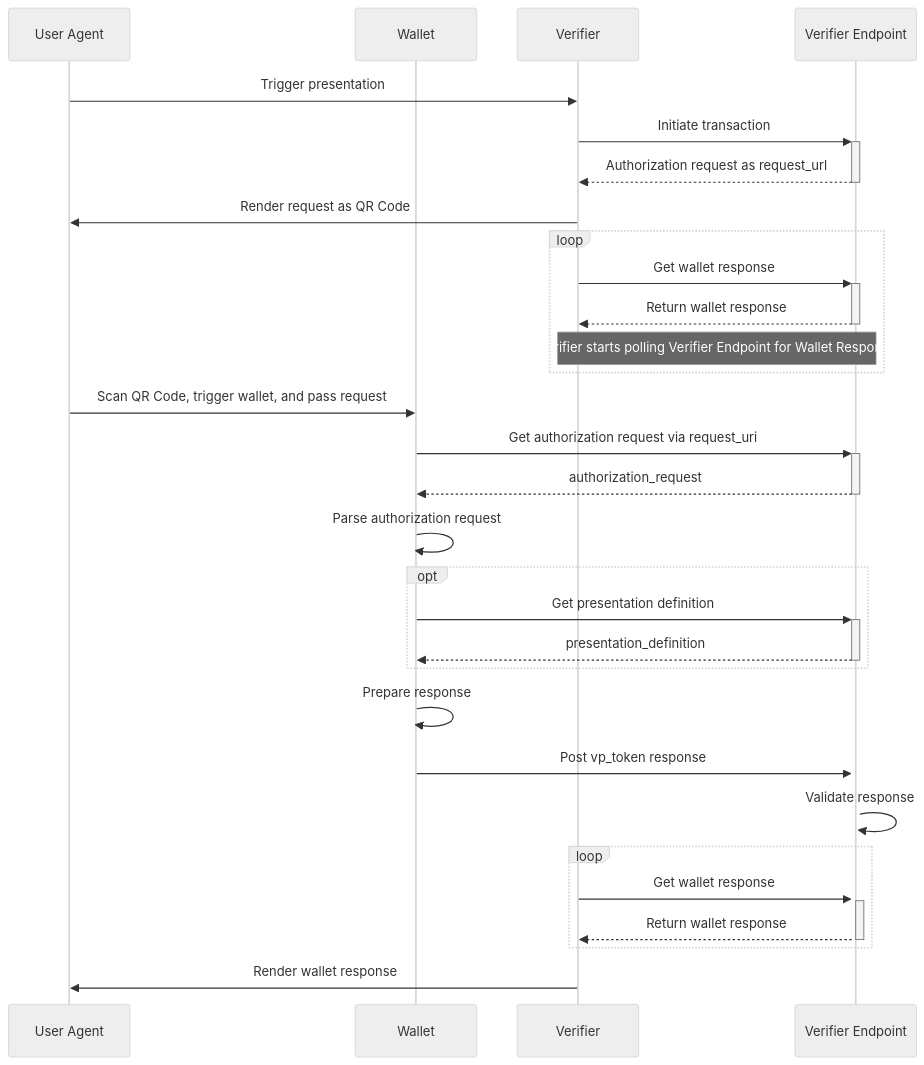
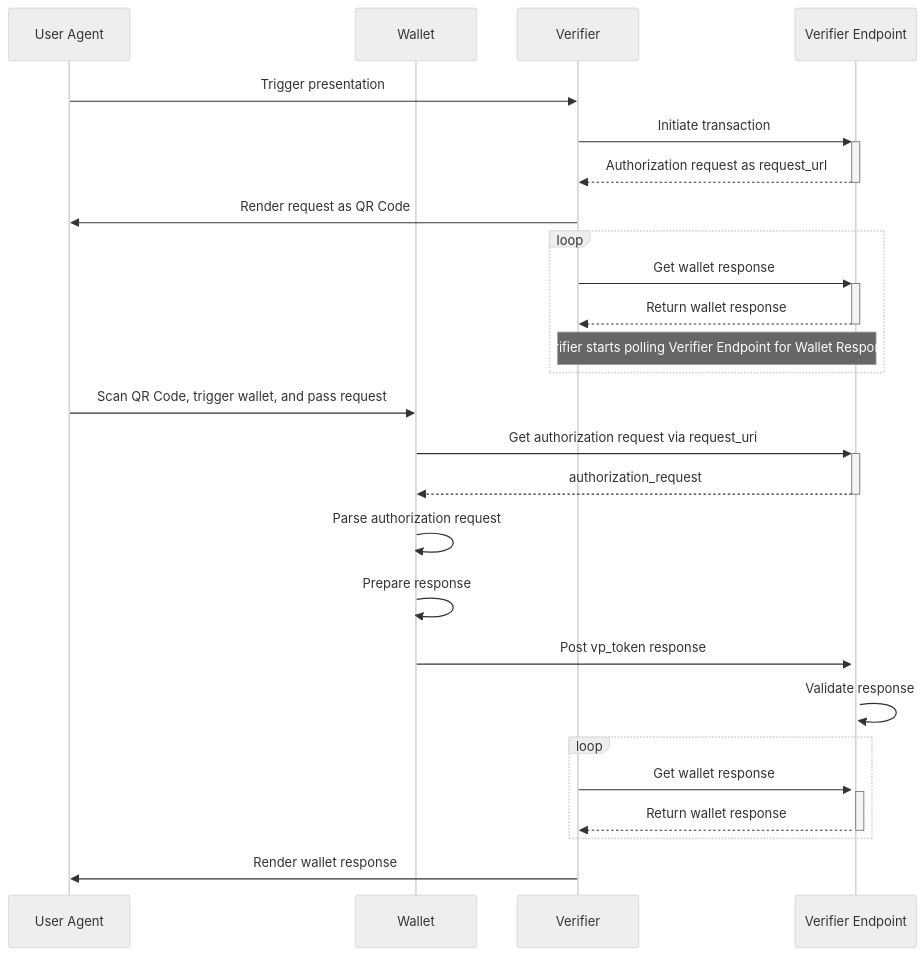
The second of 2 diagrams in README.md (InstechSandbox/av-srv-web-verifier-endpoint-23220-4-kt), drawn with Mermaid (neutral theme) before and after one commit. The commit also changed other lines of this file and 103 other files, not shown here.

````diff
--- a/README.md
+++ b/README.md
@@ -180,43 +174,38 @@
 ```mermaid
 sequenceDiagram    
     participant UA as User Agent
     participant W as Wallet
     participant V as Verifier
     participant VE as Verifier Endpoint
     UA->>V: Trigger presentation 
     
     V->>+VE:  Initiate transaction
     VE-->>-V: Authorization request as request_url
     
     V->>UA: Render request as QR Code
 
     loop
     V->>+VE: Get wallet response
     VE-->>-V: Return wallet response
     Note over V,VE: Verifier starts polling Verifier Endpoint for Wallet Response
     end
 
     UA->>W: Scan QR Code, trigger wallet, and pass request
     
     W->>+VE: Get authorization request via request_uri 
     VE-->>-W: authorization_request
     
     W->>W: Parse authorization request
-    
-    opt
-        W->>+VE: Get presentation definition 
-        VE-->>-W: presentation_definition
-    end
-    
+        
     W->>W: Prepare response     
     
     W->>+VE: Post vp_token response 
     VE->>VE: Validate response
 
     loop
     V->>+VE: Get wallet response
     VE-->>-V: Return wallet response
     end
     
     V->>UA: Render wallet response
 ```
````
